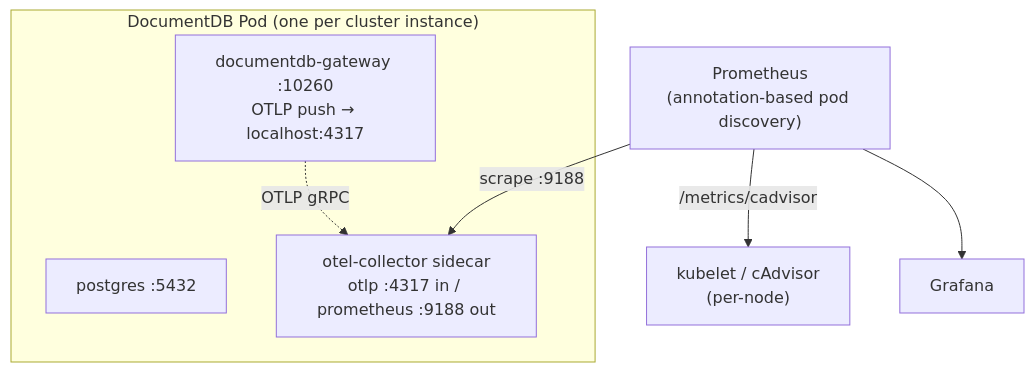
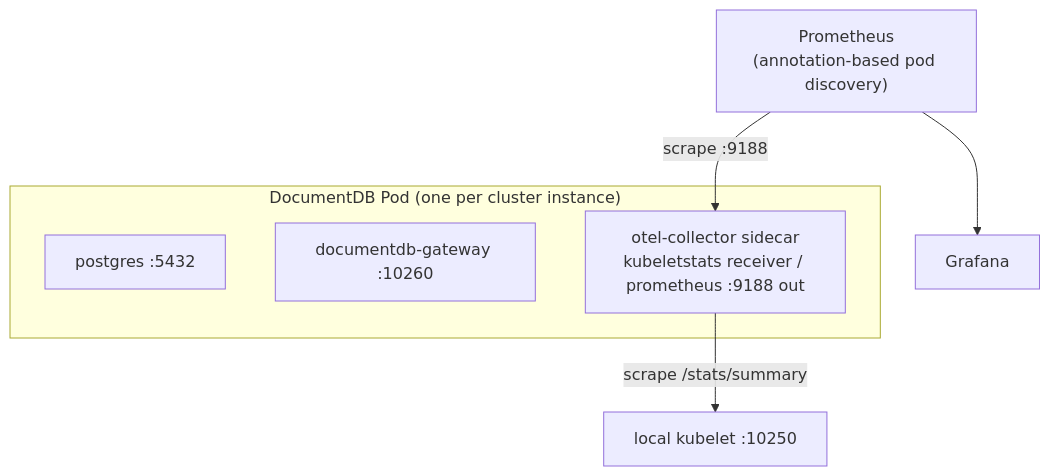
Before and after one commit to documentdb/documentdb-kubernetes-operator: the diagram in docs/operator-public-documentation/preview/monitoring/overview.md, drawn with Mermaid. The commit also changed other lines of this file and 8 other files, not shown here.

First line of the commit message:
docs(monitoring): rewrite for kubeletstats canonical path; drop gateway/operator/cnpg

````diff
--- a/docs/operator-public-documentation/preview/monitoring/overview.md
+++ b/docs/operator-public-documentation/preview/monitoring/overview.md
@@ -26,17 +26,16 @@
 ```mermaid
 graph TB
     subgraph pod["DocumentDB Pod (one per cluster instance)"]
         pg["postgres :5432"]
-        gw["documentdb-gateway :10260<br/>OTLP push → localhost:4317"]
-        otel["otel-collector sidecar<br/>otlp :4317 in / prometheus :9188 out"]
-        gw -. OTLP gRPC .-> otel
+        gw["documentdb-gateway :10260"]
+        otel["otel-collector sidecar<br/>kubeletstats receiver / prometheus :9188 out"]
     end
 
+    kubelet["local kubelet :10250"]
     prom["Prometheus<br/>(annotation-based pod discovery)"]
-    cadv["kubelet / cAdvisor<br/>(per-node)"]
     grafana["Grafana"]
 
+    otel -- "scrape /stats/summary" --> kubelet
     prom -- "scrape :9188" --> otel
-    prom -- "/metrics/cadvisor" --> cadv
     prom --> grafana
 ```
````
